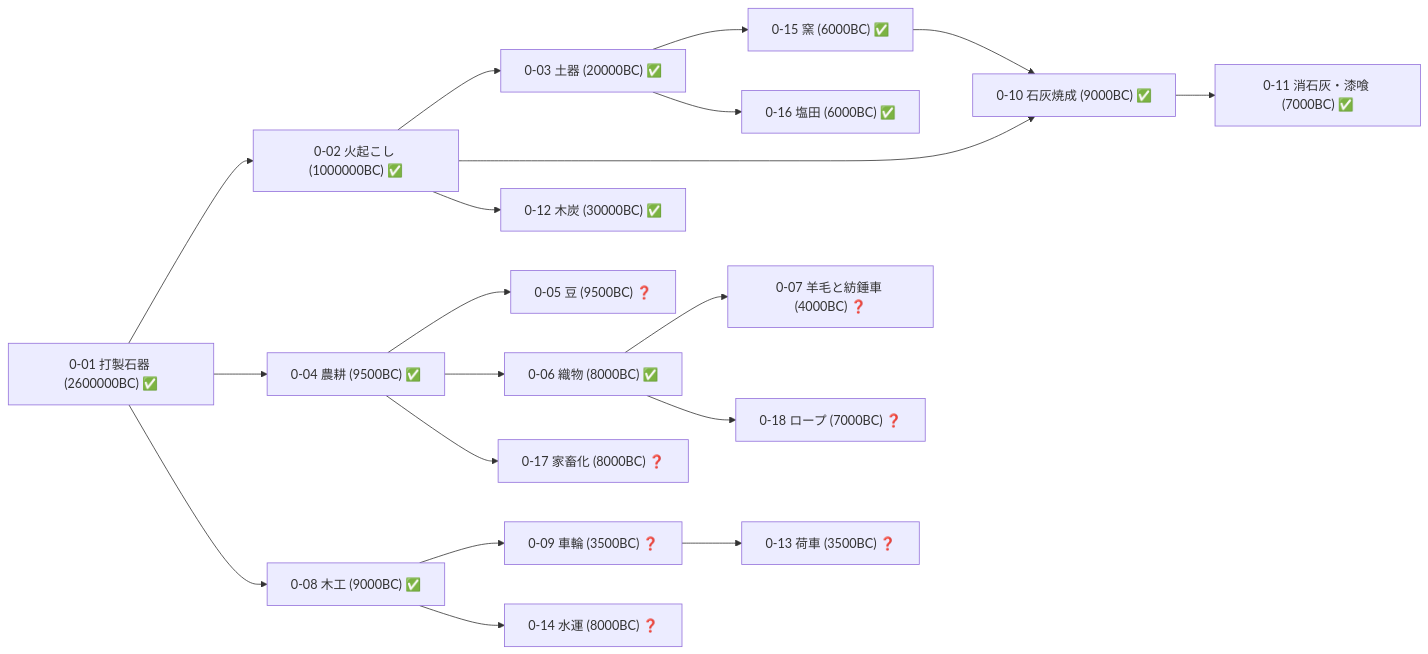
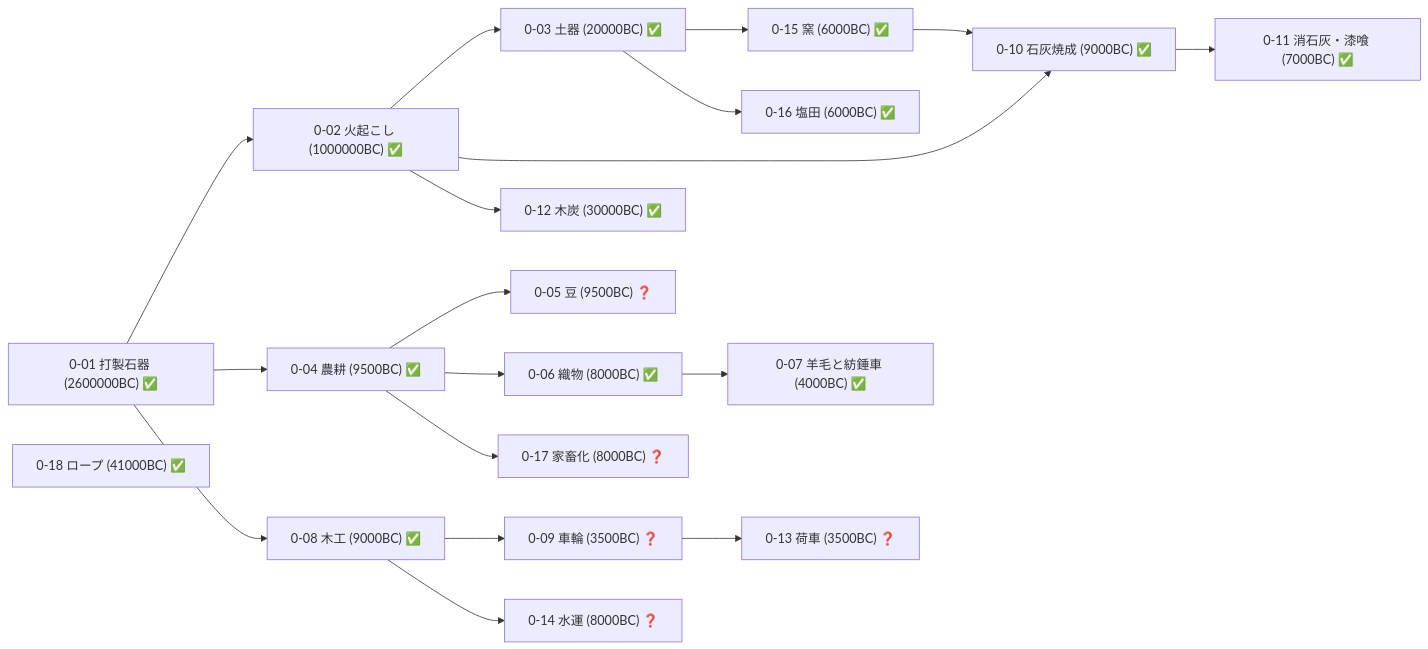
Before and after one commit to taku3i0317-collab/semiconductor-lab: the third of 19 diagrams in docs/TECH_TREE_VIEW.md, drawn with Mermaid. The commit also changed other lines of this file and 6 other files, not shown here.

````diff
--- a/docs/TECH_TREE_VIEW.md
+++ b/docs/TECH_TREE_VIEW.md
@@ -134,39 +132,38 @@
 ```mermaid
 graph LR
   n0_01["0-01 打製石器 (2600000BC) ✅"]
   n0_02["0-02 火起こし (1000000BC) ✅"]
   n0_03["0-03 土器 (20000BC) ✅"]
   n0_04["0-04 農耕 (9500BC) ✅"]
   n0_05["0-05 豆 (9500BC) ❓"]
   n0_06["0-06 織物 (8000BC) ✅"]
-  n0_07["0-07 羊毛と紡錘車 (4000BC) ❓"]
+  n0_07["0-07 羊毛と紡錘車 (4000BC) ✅"]
   n0_08["0-08 木工 (9000BC) ✅"]
   n0_09["0-09 車輪 (3500BC) ❓"]
   n0_10["0-10 石灰焼成 (9000BC) ✅"]
   n0_11["0-11 消石灰・漆喰 (7000BC) ✅"]
   n0_12["0-12 木炭 (30000BC) ✅"]
   n0_13["0-13 荷車 (3500BC) ❓"]
   n0_14["0-14 水運 (8000BC) ❓"]
   n0_15["0-15 窯 (6000BC) ✅"]
   n0_16["0-16 塩田 (6000BC) ✅"]
   n0_17["0-17 家畜化 (8000BC) ❓"]
-  n0_18["0-18 ロープ (7000BC) ❓"]
+  n0_18["0-18 ロープ (41000BC) ✅"]
   n0_01-->n0_02
   n0_02-->n0_03
   n0_01-->n0_04
   n0_04-->n0_05
   n0_04-->n0_06
   n0_06-->n0_07
   n0_01-->n0_08
   n0_08-->n0_09
   n0_02-->n0_10
   n0_15-->n0_10
   n0_10-->n0_11
   n0_02-->n0_12
   n0_09-->n0_13
   n0_08-->n0_14
   n0_03-->n0_15
   n0_03-->n0_16
   n0_04-->n0_17
-  n0_06-->n0_18
 ```
````
